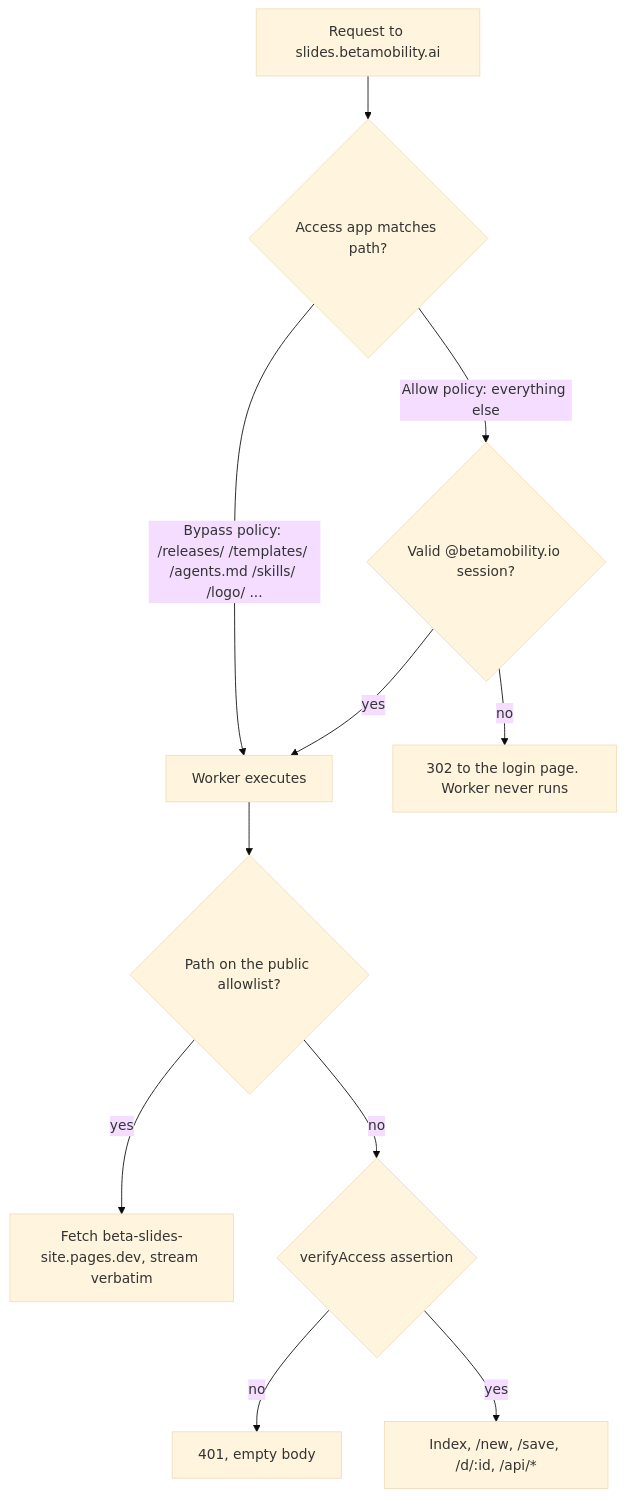
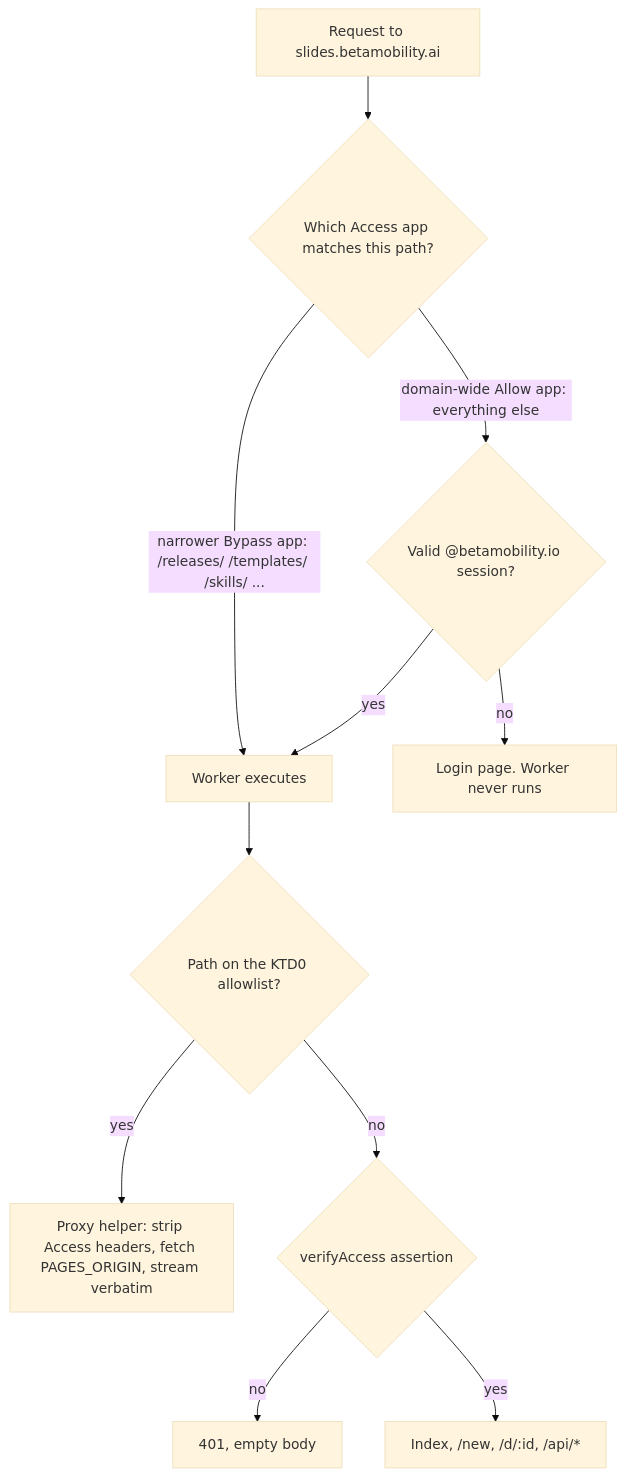
One commit to betamobility/slides changed the first of 2 diagrams in docs/plans/2026-09-10-001-feat-slides-host-swap-plan.md. Above: the diagram before and after it, drawn with Mermaid (base theme). The commit also changed other lines of this file, not shown here.

````diff
--- a/docs/plans/2026-09-10-001-feat-slides-host-swap-plan.md
+++ b/docs/plans/2026-09-10-001-feat-slides-host-swap-plan.md
@@ -139,13 +153,13 @@
 ```mermaid
 flowchart TD
-    Req[Request to slides.betamobility.ai] --> Access{Access app matches path?}
-    Access -->|"Bypass policy: /releases/ /templates/ /agents.md /skills/ /logo/ ..."| Worker
-    Access -->|"Allow policy: everything else"| Auth{Valid @betamobility.io session?}
-    Auth -->|no| Login[302 to the login page. Worker never runs]
+    Req[Request to slides.betamobility.ai] --> Access{Which Access app matches this path?}
+    Access -->|"narrower Bypass app: /releases/ /templates/ /skills/ ..."| Worker
+    Access -->|"domain-wide Allow app: everything else"| Auth{Valid @betamobility.io session?}
+    Auth -->|no| Login[Login page. Worker never runs]
     Auth -->|yes| Worker
-    Worker[Worker executes] --> List{Path on the public allowlist?}
-    List -->|yes| Proxy[Fetch beta-slides-site.pages.dev, stream verbatim]
+    Worker[Worker executes] --> List{Path on the KTD0 allowlist?}
+    List -->|yes| Proxy[Proxy helper: strip Access headers, fetch PAGES_ORIGIN, stream verbatim]
     List -->|no| Verify{verifyAccess assertion}
     Verify -->|no| Deny[401, empty body]
-    Verify -->|yes| Route[Index, /new, /save, /d/:id, /api/*]
+    Verify -->|yes| Route[Index, /new, /d/:id, /api/*]
 ```
````
